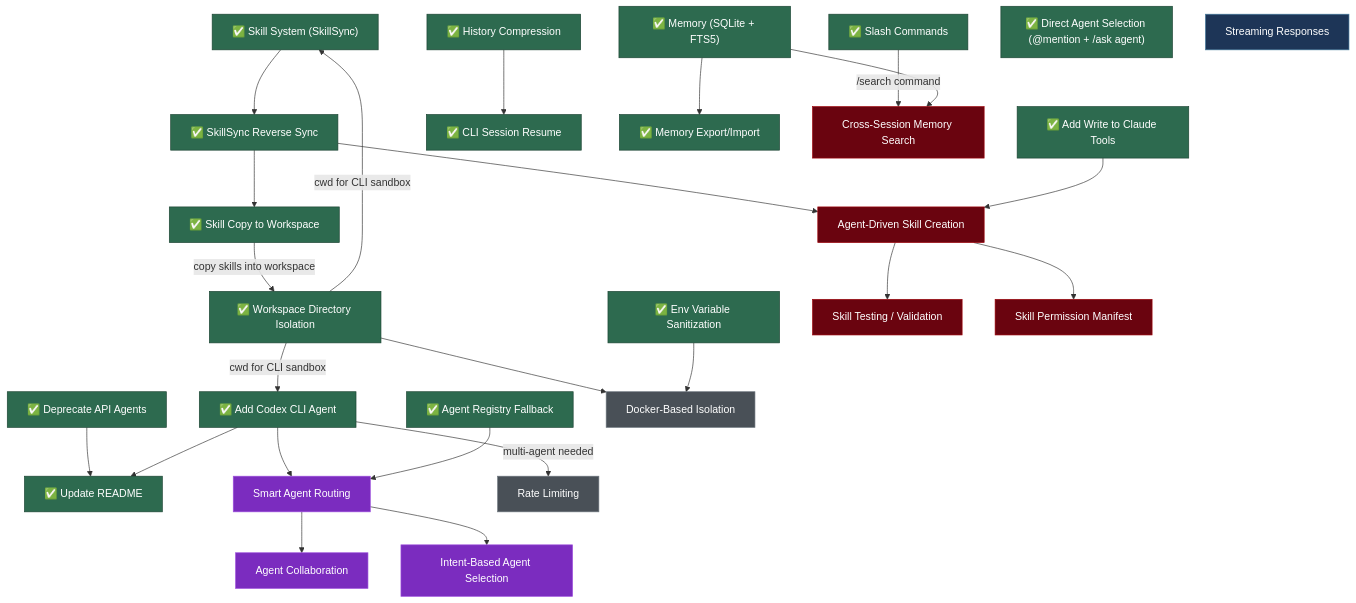
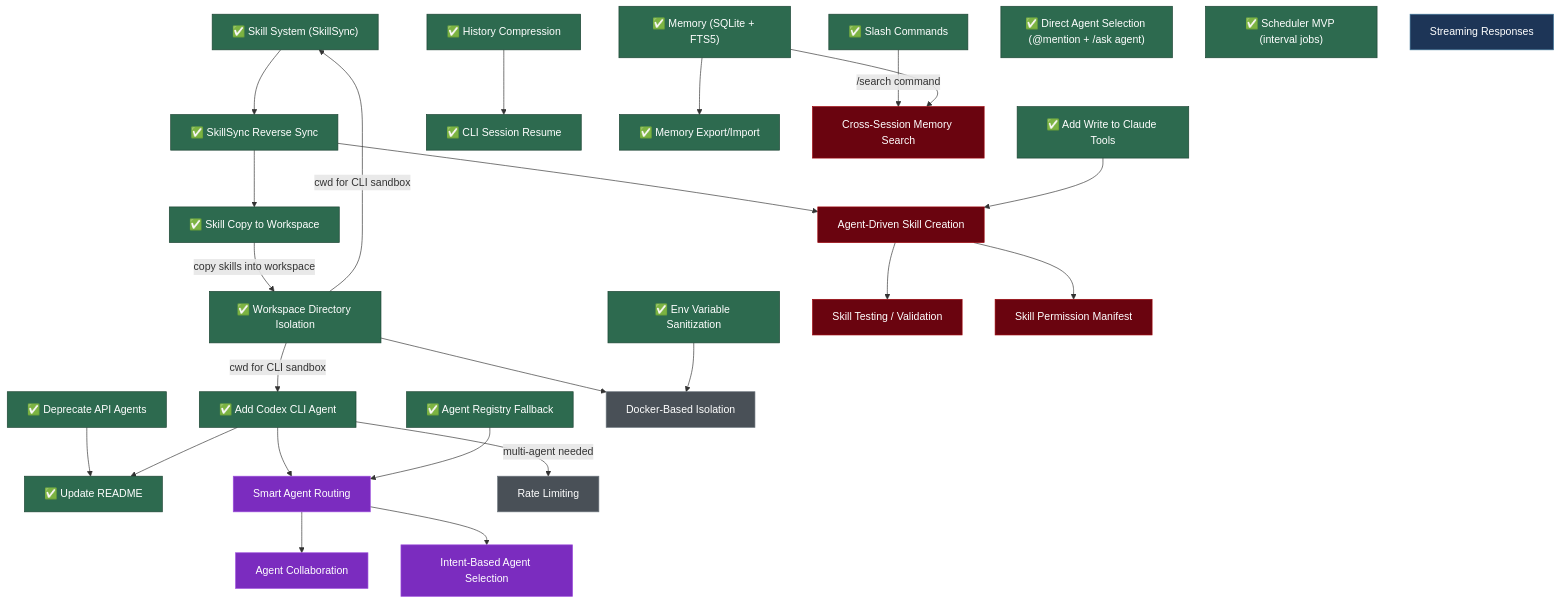
The diagram in docs/todo.md (TCoherence/oh-my-agent), drawn with Mermaid before and after one commit. The commit also changed other lines of this file and 14 other files, not shown here.

Commit message:
feat: add owner-only access and scheduler MVP with skill

```diff
--- a/docs/todo.md
+++ b/docs/todo.md
@@ -26,6 +26,7 @@
     REVERSE["✅ SkillSync Reverse Sync"]
     SLASH["✅ Slash Commands"]
     DIRECTMENTION["✅ Direct Agent Selection (@mention + /ask agent)"]
+    SCHED["✅ Scheduler MVP (interval jobs)"]
     README["✅ Update README"]
     RESUME["✅ CLI Session Resume"]
     MEMIO["✅ Memory Export/Import"]
@@ -87,7 +88,7 @@
     classDef v06 fill:#7b2cbf,stroke:#9d4edd,color:#fff
     classDef backlog fill:#495057,stroke:#6c757d,color:#fff
 
-    class MEM,COMP,SKILL,FALLBACK,DEPRECATE,CODEX,WORKSPACE,ENVSANITIZE,SKILLCOPY,WRITE,REVERSE,SLASH,DIRECTMENTION,README,RESUME,MEMIO done
+    class MEM,COMP,SKILL,FALLBACK,DEPRECATE,CODEX,WORKSPACE,ENVSANITIZE,SKILLCOPY,WRITE,REVERSE,SLASH,DIRECTMENTION,SCHED,README,RESUME,MEMIO done
     class STREAM v04
     class SKILLCREATE,SKILLTEST,SKILLPERM,XMEM v05
     class ROUTING,COLLAB,MENTION v06
```
